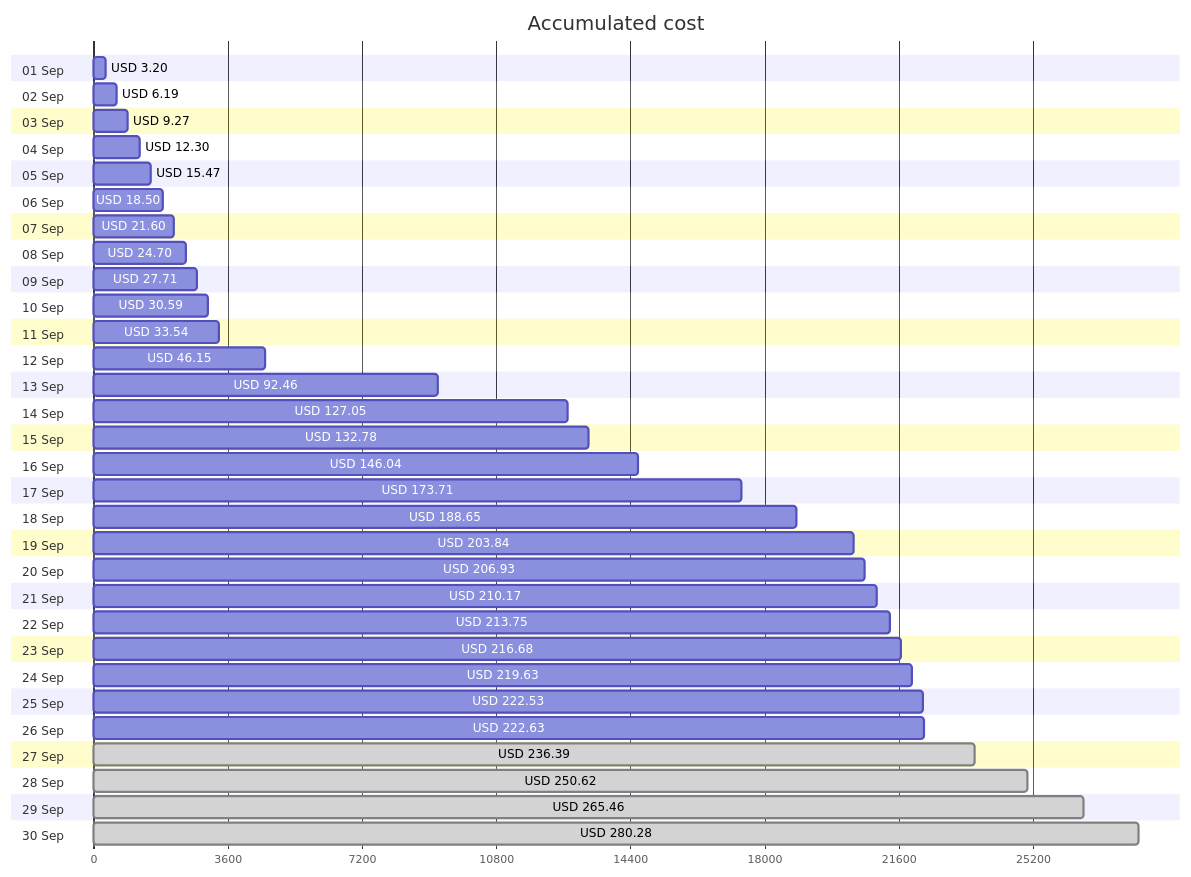
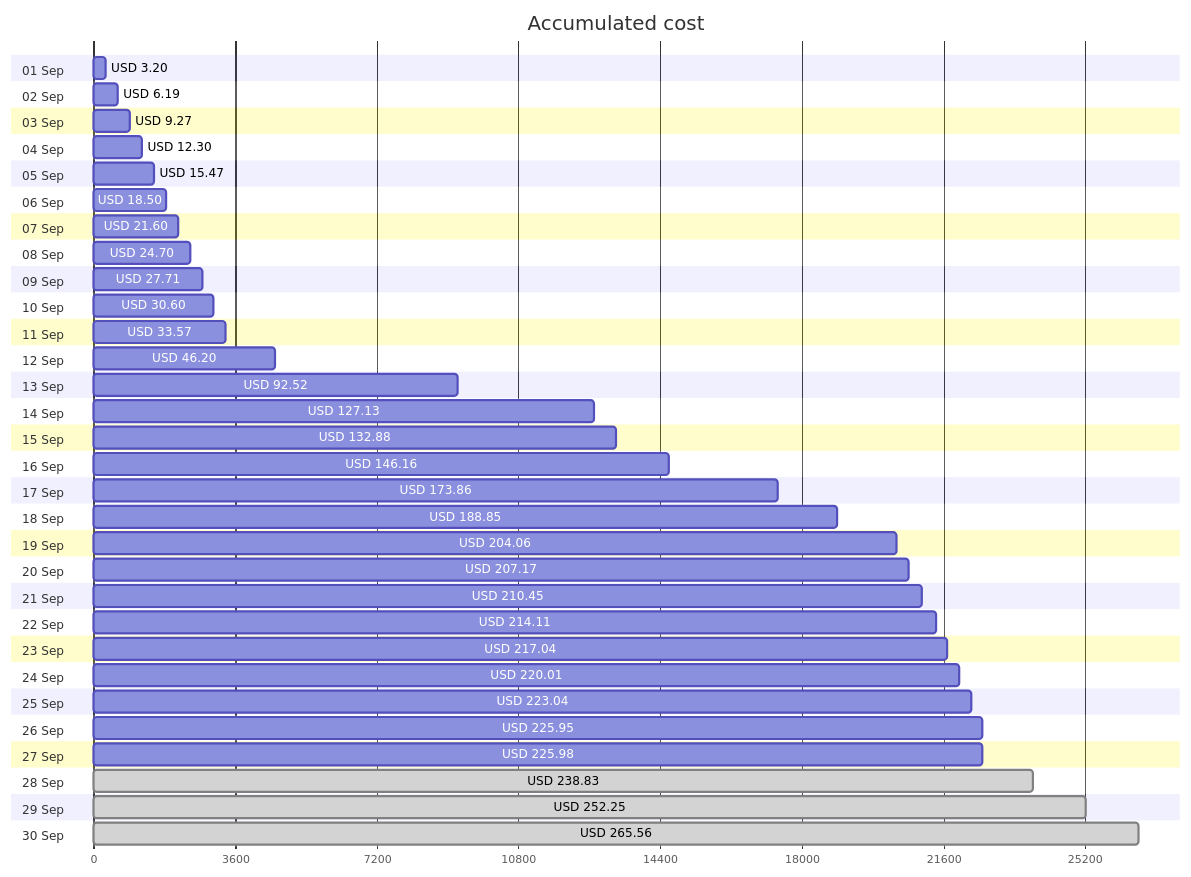
The first of 4 diagrams in cost-reports/personal-network/README.md (jpfulton/azure-personal-reports), drawn with Mermaid before and after one commit. The commit also changed other lines of this file and 9 other files, not shown here.

````diff
--- a/cost-reports/personal-network/README.md
+++ b/cost-reports/personal-network/README.md
@@ -20,66 +20,66 @@
 ```mermaid
 gantt
    title Accumulated cost
    dateFormat  X
    axisFormat %s
    section 01 Sep
    USD 3.20 :0, 320
    section 02 Sep
    USD 6.19 :0, 619
    section 03 Sep
    USD 9.27 :0, 927
    section 04 Sep
    USD 12.30 :0, 1230
    section 05 Sep
    USD 15.47 :0, 1547
    section 06 Sep
    USD 18.50 :0, 1850
    section 07 Sep
    USD 21.60 :0, 2160
    section 08 Sep
    USD 24.70 :0, 2470
    section 09 Sep
    USD 27.71 :0, 2771
    section 10 Sep
-   USD 30.59 :0, 3059
+   USD 30.60 :0, 3060
    section 11 Sep
-   USD 33.54 :0, 3354
+   USD 33.57 :0, 3357
    section 12 Sep
-   USD 46.15 :0, 4615
+   USD 46.20 :0, 4620
    section 13 Sep
-   USD 92.46 :0, 9246
+   USD 92.52 :0, 9252
    section 14 Sep
-   USD 127.05 :0, 12705
+   USD 127.13 :0, 12713
    section 15 Sep
-   USD 132.78 :0, 13278
+   USD 132.88 :0, 13288
    section 16 Sep
-   USD 146.04 :0, 14604
+   USD 146.16 :0, 14616
    section 17 Sep
-   USD 173.71 :0, 17371
+   USD 173.86 :0, 17386
    section 18 Sep
-   USD 188.65 :0, 18865
+   USD 188.85 :0, 18885
    section 19 Sep
-   USD 203.84 :0, 20384
+   USD 204.06 :0, 20406
    section 20 Sep
-   USD 206.93 :0, 20693
+   USD 207.17 :0, 20717
    section 21 Sep
-   USD 210.17 :0, 21017
+   USD 210.45 :0, 21045
    section 22 Sep
-   USD 213.75 :0, 21375
+   USD 214.11 :0, 21411
    section 23 Sep
-   USD 216.68 :0, 21668
+   USD 217.04 :0, 21704
    section 24 Sep
-   USD 219.63 :0, 21963
+   USD 220.01 :0, 22001
    section 25 Sep
-   USD 222.53 :0, 22253
+   USD 223.04 :0, 22304
    section 26 Sep
-   USD 222.63 :0, 22263
+   USD 225.95 :0, 22595
    section 27 Sep
-   USD 236.39 : done, 0, 23639
+   USD 225.98 :0, 22598
    section 28 Sep
-   USD 250.62 : done, 0, 25062
+   USD 238.83 : done, 0, 23883
    section 29 Sep
-   USD 265.46 : done, 0, 26546
+   USD 252.25 : done, 0, 25225
    section 30 Sep
-   USD 280.28 : done, 0, 28028
+   USD 265.56 : done, 0, 26556
 ```
````
